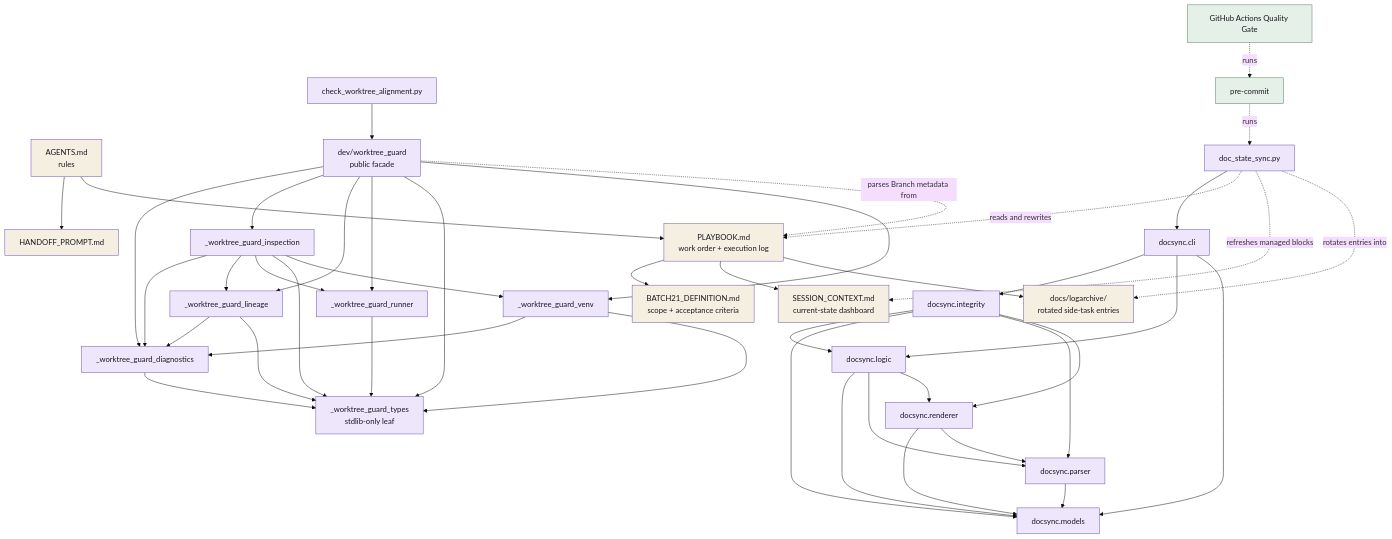
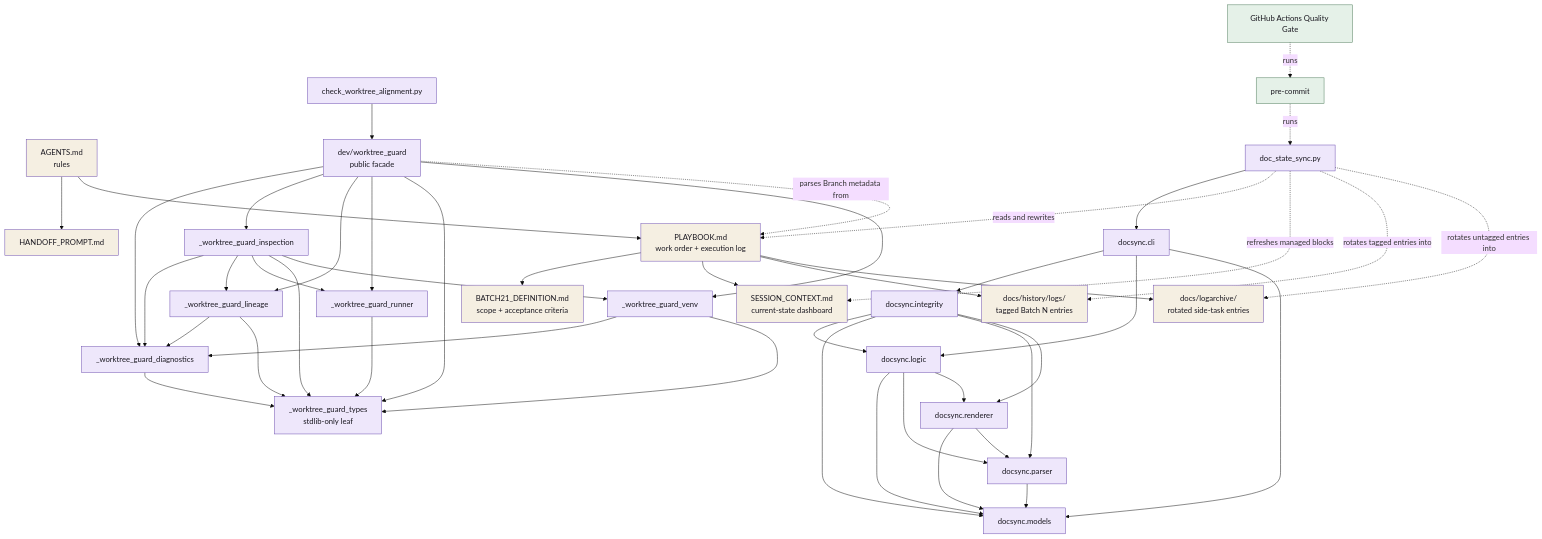
Before and after one commit to pterw/ScrobbleScope: the diagram in docs/architecture/documentation-tooling.md, drawn with Mermaid (base theme). The commit also changed 7 other files, not shown here.

First line of the commit message:
docs(architecture): correct PR review follow-up

````diff
--- a/docs/architecture/documentation-tooling.md
+++ b/docs/architecture/documentation-tooling.md
@@ -6,57 +6,59 @@
 ```mermaid
 flowchart TD
     A[AGENTS.md<br/>rules] --> H[HANDOFF_PROMPT.md]
     A --> P[PLAYBOOK.md<br/>work order + execution log]
     P --> B[BATCH21_DEFINITION.md<br/>scope + acceptance criteria]
     P --> S[SESSION_CONTEXT.md<br/>current-state dashboard]
+    P --> BL[docs/history/logs/<br/>tagged Batch N entries]
     P --> LA[docs/logarchive/<br/>rotated side-task entries]
 
     D[doc_state_sync.py] --> CLI[docsync.cli]
     CLI --> Integrity[docsync.integrity]
     CLI --> Logic[docsync.logic]
     CLI --> Models[docsync.models]
     Integrity --> Logic
     Integrity --> Models
     Integrity --> Parser[docsync.parser]
     Integrity --> Render[docsync.renderer]
     Logic --> Models
     Logic --> Parser
     Logic --> Render
     Render --> Models
     Render --> Parser
     Parser --> Models
 
     D -. reads and rewrites .-> P
     D -. refreshes managed blocks .-> S
-    D -. rotates entries into .-> LA
+    D -. rotates tagged entries into .-> BL
+    D -. rotates untagged entries into .-> LA
 
     G[check_worktree_alignment.py] --> Guard[dev/worktree_guard<br/>public facade]
     Guard --> Diag
     Guard --> Inspect
     Guard --> Lineage
     Guard --> Runner
     Guard --> Types
     Guard --> Venv
     Inspect[_worktree_guard_inspection] --> Diag
     Inspect --> Lineage[_worktree_guard_lineage]
     Inspect --> Runner[_worktree_guard_runner]
     Inspect --> Types
     Inspect --> Venv[_worktree_guard_venv]
     Lineage --> Diag
     Lineage --> Types
     Venv --> Diag
     Venv --> Types
     Runner --> Types
     Diag[_worktree_guard_diagnostics] --> Types[_worktree_guard_types<br/>stdlib-only leaf]
     Guard -. parses Branch metadata from .-> P
 
     PC[pre-commit] -. runs .-> D
     CI[GitHub Actions Quality Gate] -. runs .-> PC
 
     classDef doc fill:#f5efe2,stroke:#6a4baf,color:#1a1820
     classDef tool fill:#eee7fb,stroke:#6a4baf,color:#1a1820
     classDef gate fill:#e5f1e8,stroke:#4d7a5a,color:#1a1820
-    class A,H,P,B,S,LA doc
+    class A,H,P,B,S,BL,LA doc
     class D,CLI,Integrity,Logic,Models,Parser,Render,G,Guard,Inspect,Lineage,Runner,Venv,Diag,Types tool
     class PC,CI gate
 ```
````
